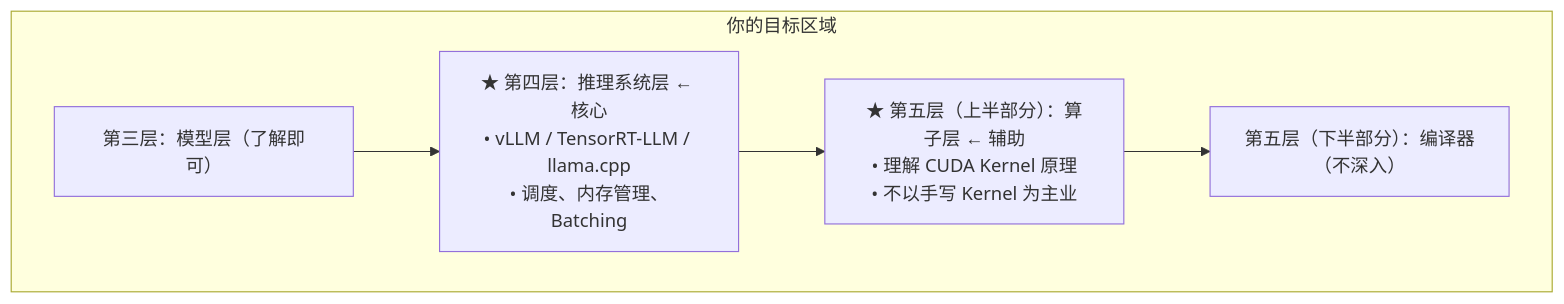
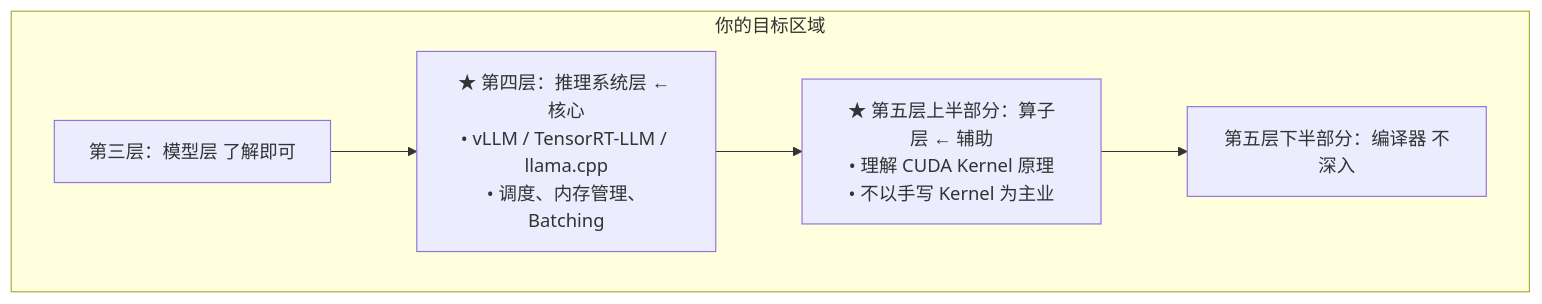
One commit to jpixy/jpixy.github.io changed diagram 11 of 11 in content/articles/ai/ai-28-AI技术栈全景图.md. Above: the diagram before and after it, drawn with Mermaid. The commit also changed other lines of this file and 66 other files, not shown here.

Commit message:
fix: resolve Mermaid syntax errors by removing parentheses in node labels

````diff
--- a/content/articles/ai/ai-28-AI技术栈全景图.md
+++ b/content/articles/ai/ai-28-AI技术栈全景图.md
@@ -476,13 +476,13 @@
 ```mermaid
 graph TB
     subgraph Target["你的目标区域"]
-        L3["第三层：模型层（了解即可）"]
+        L3["第三层：模型层 了解即可"]
         L4["★ 第四层：推理系统层 ← 核心<br>• vLLM / TensorRT-LLM / llama.cpp<br>• 调度、内存管理、Batching"]
-        L5a["★ 第五层（上半部分）：算子层 ← 辅助<br>• 理解 CUDA Kernel 原理<br>• 不以手写 Kernel 为主业"]
-        L5b["第五层（下半部分）：编译器（不深入）"]
+        L5a["★ 第五层上半部分：算子层 ← 辅助<br>• 理解 CUDA Kernel 原理<br>• 不以手写 Kernel 为主业"]
+        L5b["第五层下半部分：编译器 不深入"]
     end
     
     L3 --> L4
     L4 --> L5a
     L5a --> L5b
 ```
````
